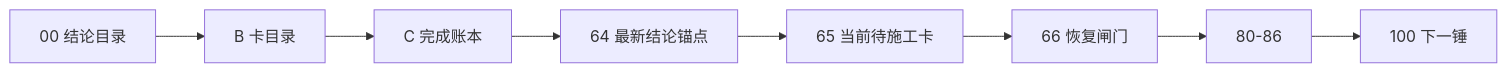
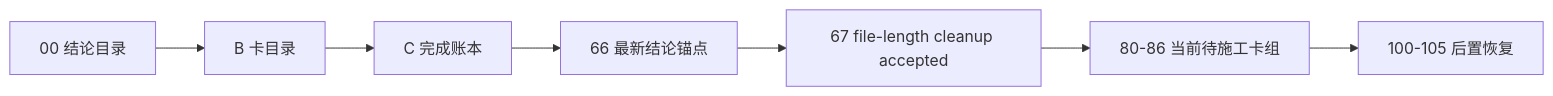
Before and after one commit to everything-is-simple/lifespan-0.01: the diagram in docs/03-execution/A-execution-reading-order-20260409.md, drawn with Mermaid. The commit also changed other lines of this file and 28 other files, not shown here.

````diff
--- a/docs/03-execution/A-execution-reading-order-20260409.md
+++ b/docs/03-execution/A-execution-reading-order-20260409.md
@@ -33,10 +33,9 @@
 ```mermaid
 flowchart LR
     CONC["00 结论目录"] --> BCAT["B 卡目录"]
     BCAT --> CLED["C 完成账本"]
-    CLED --> ANC["64 最新结论锚点"]
-    ANC --> G60["65 当前待施工卡"]
-    G60 --> G65["66 恢复闸门"]
-    G65 --> G66["80-86"]
-    G66 --> NEXT["100 下一锤"]
+    CLED --> ANC["66 最新结论锚点"]
+    ANC --> G67["67 file-length cleanup accepted"]
+    G67 --> G80["80-86 当前待施工卡组"]
+    G80 --> NEXT["100-105 后置恢复"]
 ```
````
